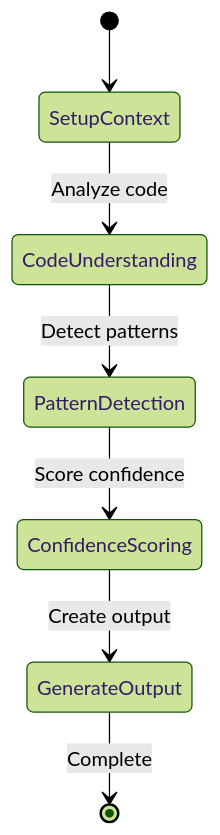
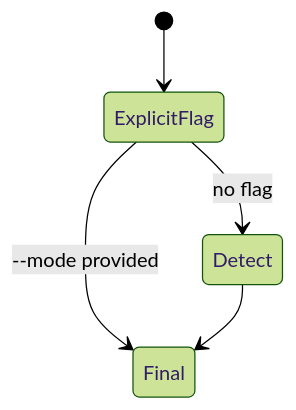
Before and after one commit to nold-ai/specfact-cli: the second of 2 diagrams in docs/architecture/state-machines.md, drawn with Mermaid (forest theme). The commit also changed other lines of this file and 65 other files, not shown here.

Commit message:
chore(openspec): archive completed changes and align architecture docs

````diff
--- a/docs/architecture/state-machines.md
+++ b/docs/architecture/state-machines.md
@@ -273,9 +17,7 @@
 ```mermaid
 stateDiagram-v2
-    [*] --> SetupContext
-    SetupContext --> CodeUnderstanding: Analyze code
-    CodeUnderstanding --> PatternDetection: Detect patterns
-    PatternDetection --> ConfidenceScoring: Score confidence
-    ConfidenceScoring --> GenerateOutput: Create output
-    GenerateOutput --> [*]: Complete
+    [*] --> ExplicitFlag
+    ExplicitFlag --> Final: --mode provided
+    ExplicitFlag --> Detect: no flag
+    Detect --> Final
 ```
````
